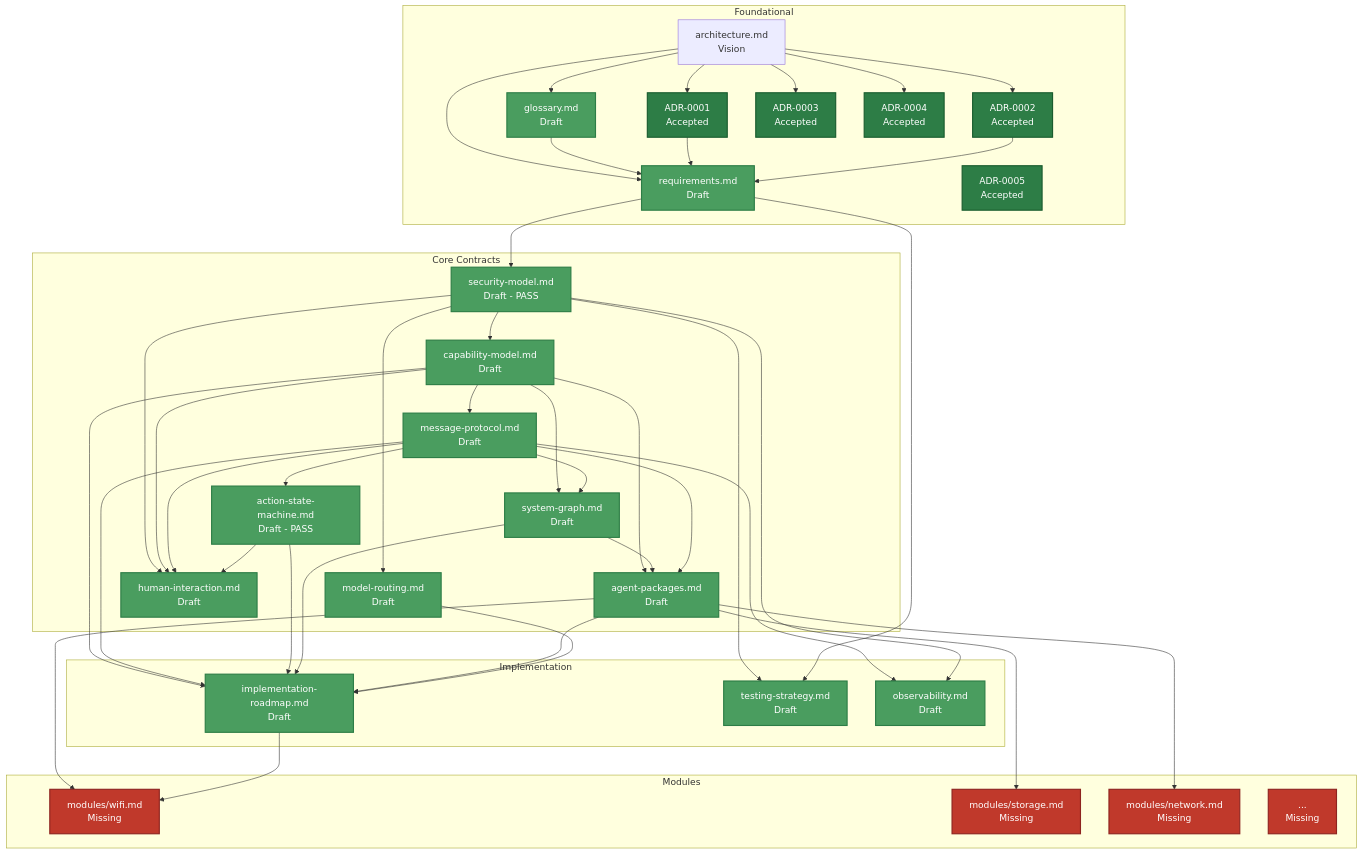
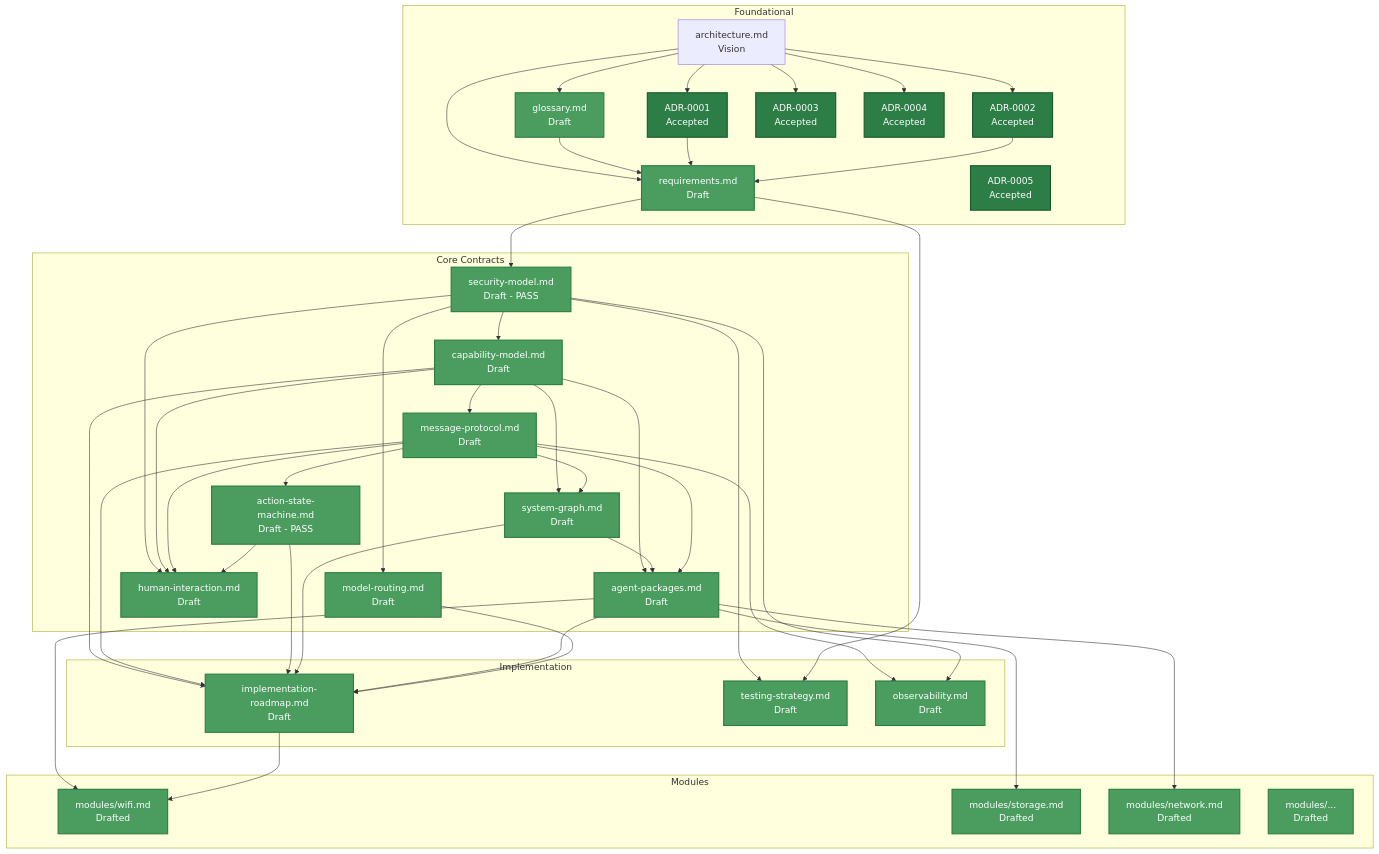
Before and after one commit to cse-creative-systems-engineering/aios: the diagram in docs/doc-progress.md, drawn with Mermaid. The commit also changed other lines of this file and 1 other file, not shown here.

First line of the commit message:
Sync docs with M7 graphics specialist and current test count

````diff
--- a/docs/doc-progress.md
+++ b/docs/doc-progress.md
@@ -102,10 +102,10 @@
     end
 
     subgraph Modules
-        WIFI[modules/wifi.md<br/>Missing]
-        STORAGE[modules/storage.md<br/>Missing]
-        NET[modules/network.md<br/>Missing]
-        MORE[...<br/>Missing]
+        WIFI[modules/wifi.md<br/>Drafted]
+        STORAGE[modules/storage.md<br/>Drafted]
+        NET[modules/network.md<br/>Drafted]
+        MORE[modules/...<br/>Drafted]
     end
 
     ARCH --> GLOSS
@@ -156,5 +156,5 @@
 
     class ADR1,ADR2,ADR3,ADR4,ADR5 accepted
     class SEC,CAP,MSG,ASM,GRAPH,MODEL,PKG,HI,ROAD,TEST,OBS,GLOSS,REQ drafted
-    class WIFI,STORAGE,NET,MORE missing
+    class WIFI,STORAGE,NET,MORE drafted
 ```
````
